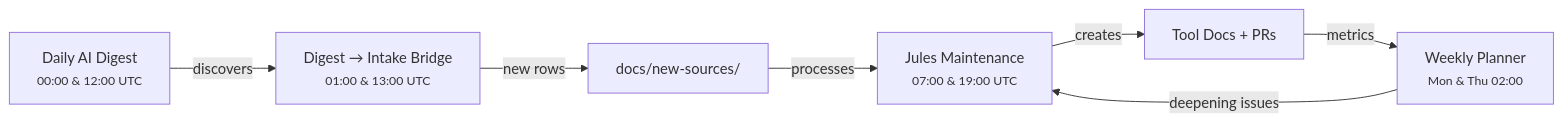
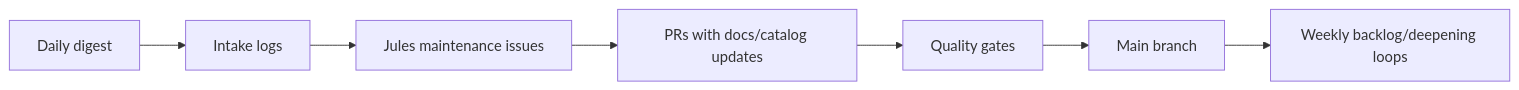
The diagram in docs/index.md (joanmarcriera/Home-office-automations), drawn with Mermaid before and after one commit. The commit also changed other lines of this file and 5 other files, not shown here.

````diff
--- a/docs/index.md
+++ b/docs/index.md
@@ -124,9 +61,9 @@
 ```mermaid
 flowchart LR
-    A["Daily AI Digest<br/><small>00:00 & 12:00 UTC</small>"] -->|discovers| B["Digest → Intake Bridge<br/><small>01:00 & 13:00 UTC</small>"]
-    B -->|new rows| C["docs/new-sources/"]
-    C -->|processes| D["Jules Maintenance<br/><small>07:00 & 19:00 UTC</small>"]
-    D -->|creates| E["Tool Docs + PRs"]
-    F["Weekly Planner<br/><small>Mon & Thu 02:00</small>"] -->|deepening issues| D
-    E -->|metrics| F
+    A["Daily digest"] --> B["Intake logs"]
+    B --> C["Jules maintenance issues"]
+    C --> D["PRs with docs/catalog updates"]
+    D --> E["Quality gates"]
+    E --> F["Main branch"]
+    F --> G["Weekly backlog/deepening loops"]
 ```
````
